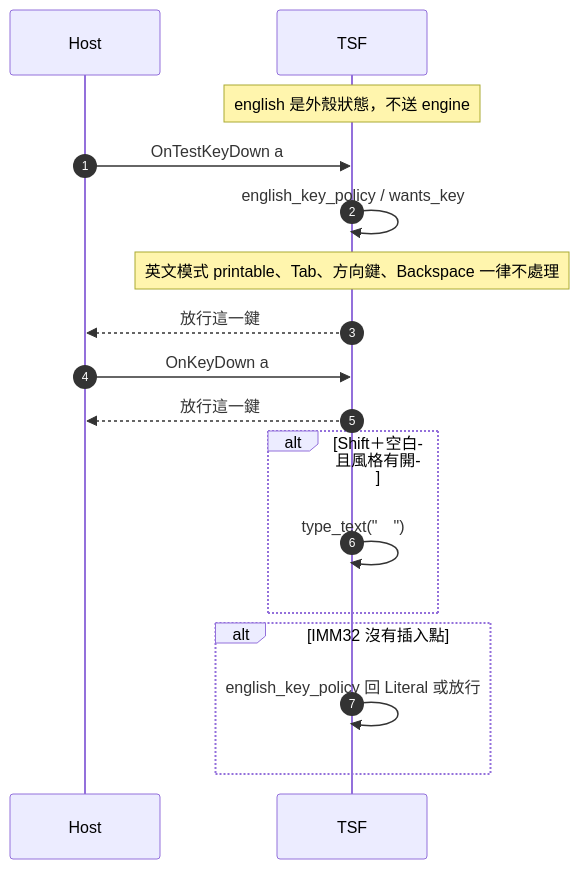
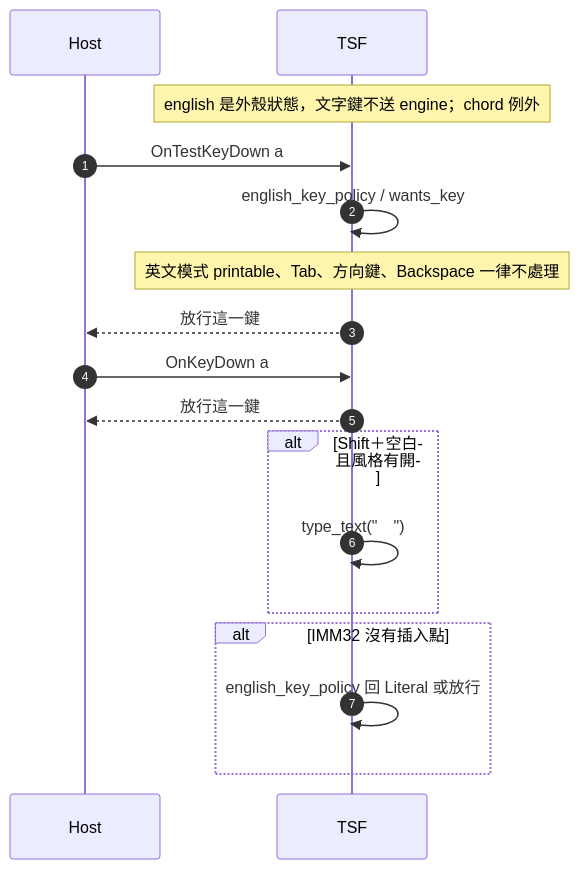
One commit to jeffpeng3/jc-ime changed the fifth of 13 diagrams in docs/port/event-flows.md. Above: the diagram before and after it, drawn with Mermaid. The commit also changed other lines of this file and 3 other files, not shown here.

````diff
--- a/docs/port/event-flows.md
+++ b/docs/port/event-flows.md
@@ -305,23 +305,23 @@
 ```mermaid
 sequenceDiagram
     autonumber
     participant Host
     participant TSF
 
-    Note over TSF: english 是外殼狀態，不送 engine
+    Note over TSF: english 是外殼狀態，文字鍵不送 engine；chord 例外
     Host->>TSF: OnTestKeyDown a
     TSF->>TSF: english_key_policy / wants_key
     Note over TSF: 英文模式 printable、Tab、方向鍵、Backspace 一律不處理
     TSF-->>Host: 放行這一鍵
 
     Host->>TSF: OnKeyDown a
     TSF-->>Host: 放行這一鍵
 
     alt Shift＋空白且風格有開
         TSF->>TSF: type_text("　")
     end
 
     alt IMM32 沒有插入點
         TSF->>TSF: english_key_policy 回 Literal 或放行
     end
 ```
````
